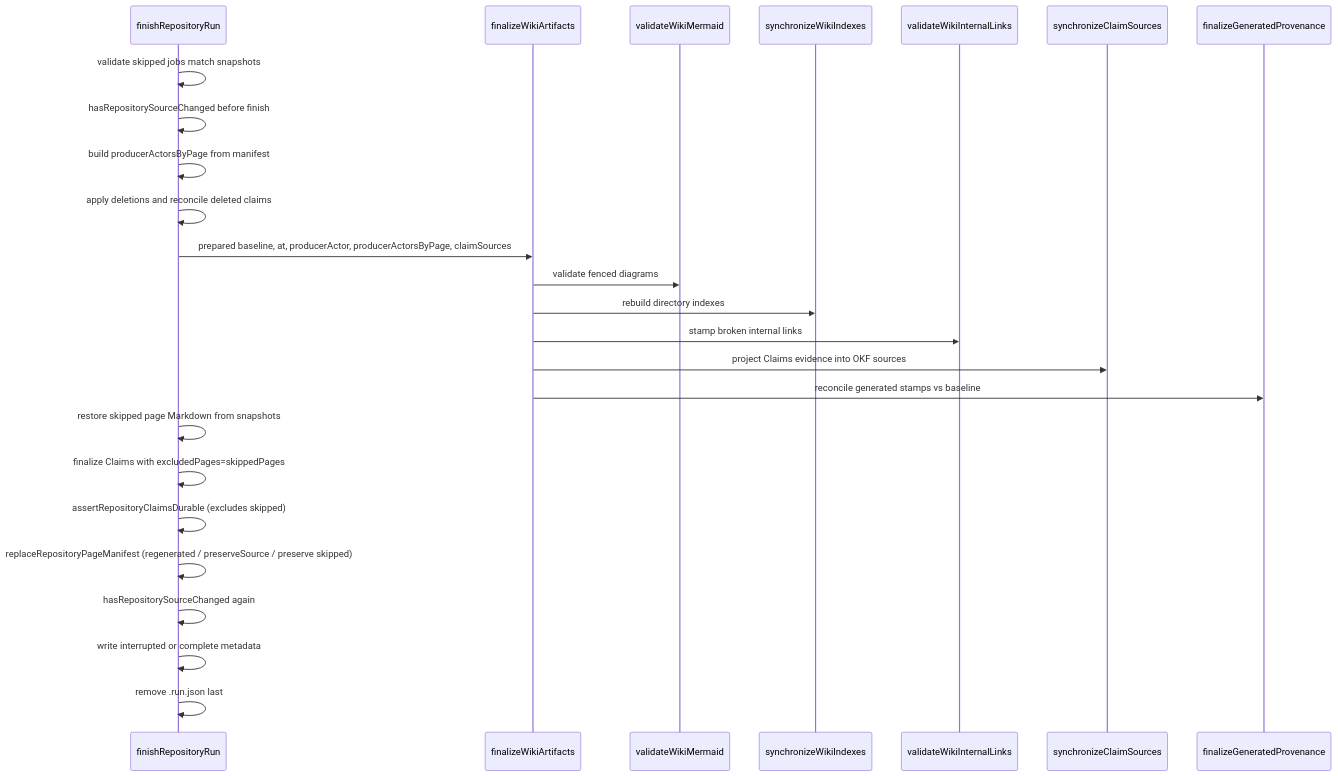
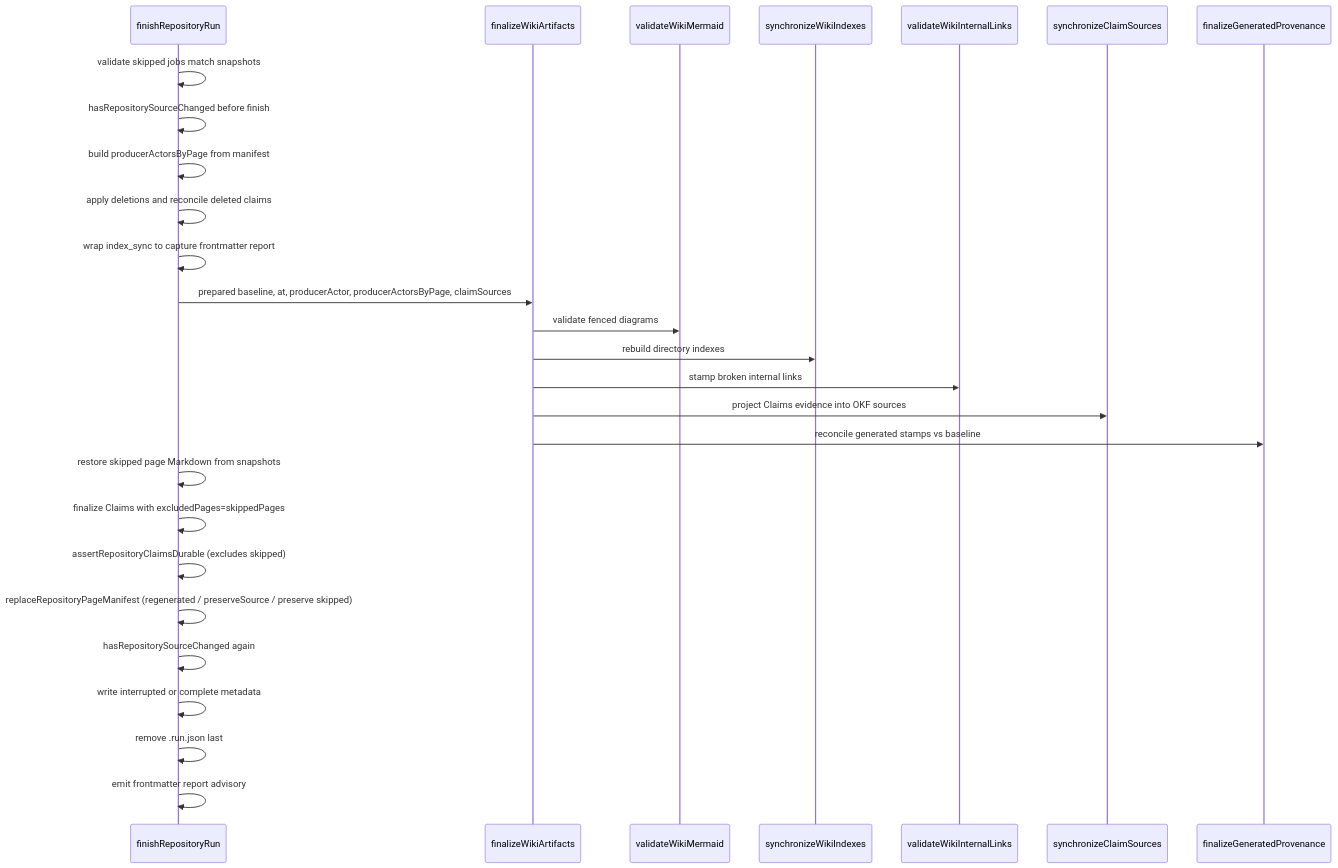
Before and after one commit to plaire48/llm_router_desktop: the diagram in packages/openwiki/openwiki/workflows/wiki-finalization.md, drawn with Mermaid. The commit also changed other lines of this file and 552 other files, not shown here.

````diff
--- a/packages/openwiki/openwiki/workflows/wiki-finalization.md
+++ b/packages/openwiki/openwiki/workflows/wiki-finalization.md
@@ -70,27 +70,29 @@
 ```mermaid
 sequenceDiagram
     participant Caller as finishRepositoryRun
     participant Fin as finalizeWikiArtifacts
     participant Mermaid as validateWikiMermaid
     participant Index as synchronizeWikiIndexes
     participant LinkVal as validateWikiInternalLinks
     participant Claims as synchronizeClaimSources
     participant Prov as finalizeGeneratedProvenance
     Caller->>Caller: validate skipped jobs match snapshots
     Caller->>Caller: hasRepositorySourceChanged before finish
     Caller->>Caller: build producerActorsByPage from manifest
     Caller->>Caller: apply deletions and reconcile deleted claims
+    Caller->>Caller: wrap index_sync to capture frontmatter report
     Caller->>Fin: prepared baseline, at, producerActor, producerActorsByPage, claimSources
     Fin->>Mermaid: validate fenced diagrams
     Fin->>Index: rebuild directory indexes
     Fin->>LinkVal: stamp broken internal links
     Fin->>Claims: project Claims evidence into OKF sources
     Fin->>Prov: reconcile generated stamps vs baseline
     Caller->>Caller: restore skipped page Markdown from snapshots
     Caller->>Caller: finalize Claims with excludedPages=skippedPages
     Caller->>Caller: assertRepositoryClaimsDurable (excludes skipped)
     Caller->>Caller: replaceRepositoryPageManifest (regenerated / preserveSource / preserve skipped)
     Caller->>Caller: hasRepositorySourceChanged again
     Caller->>Caller: write interrupted or complete metadata
     Caller->>Caller: remove .run.json last
+    Caller->>Caller: emit frontmatter report advisory
 ```
````
